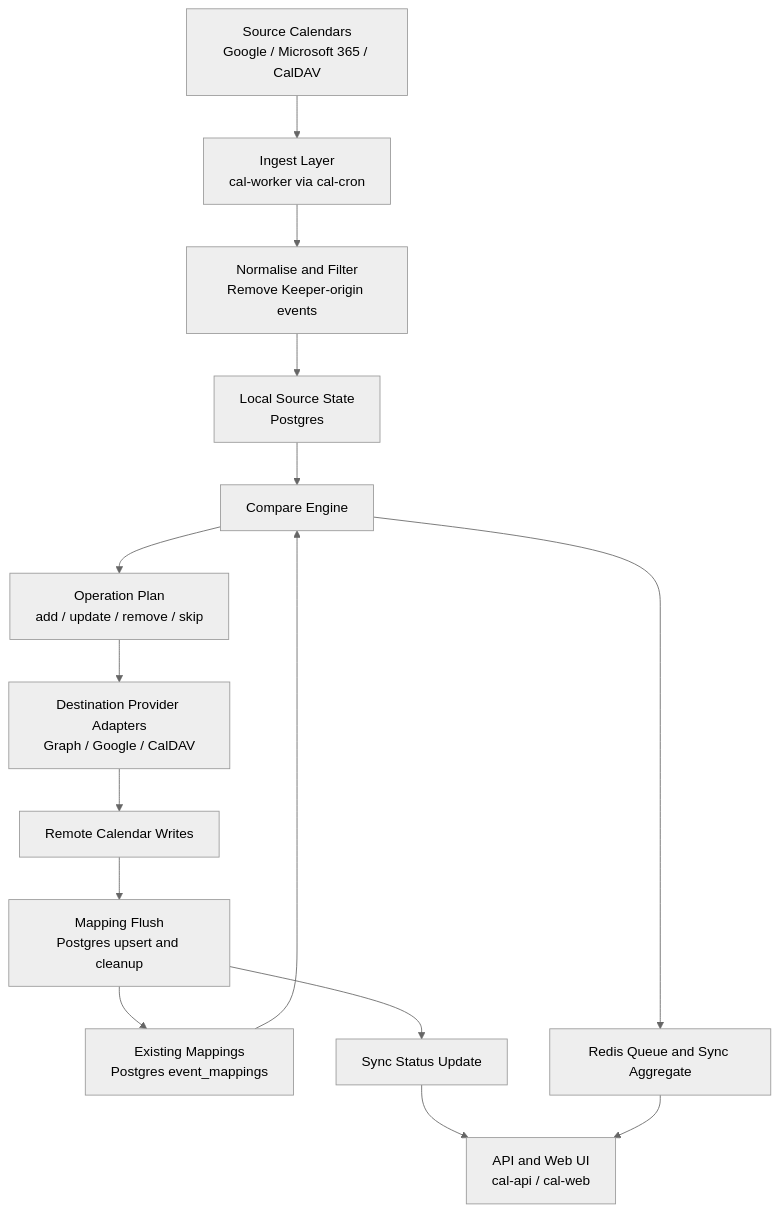
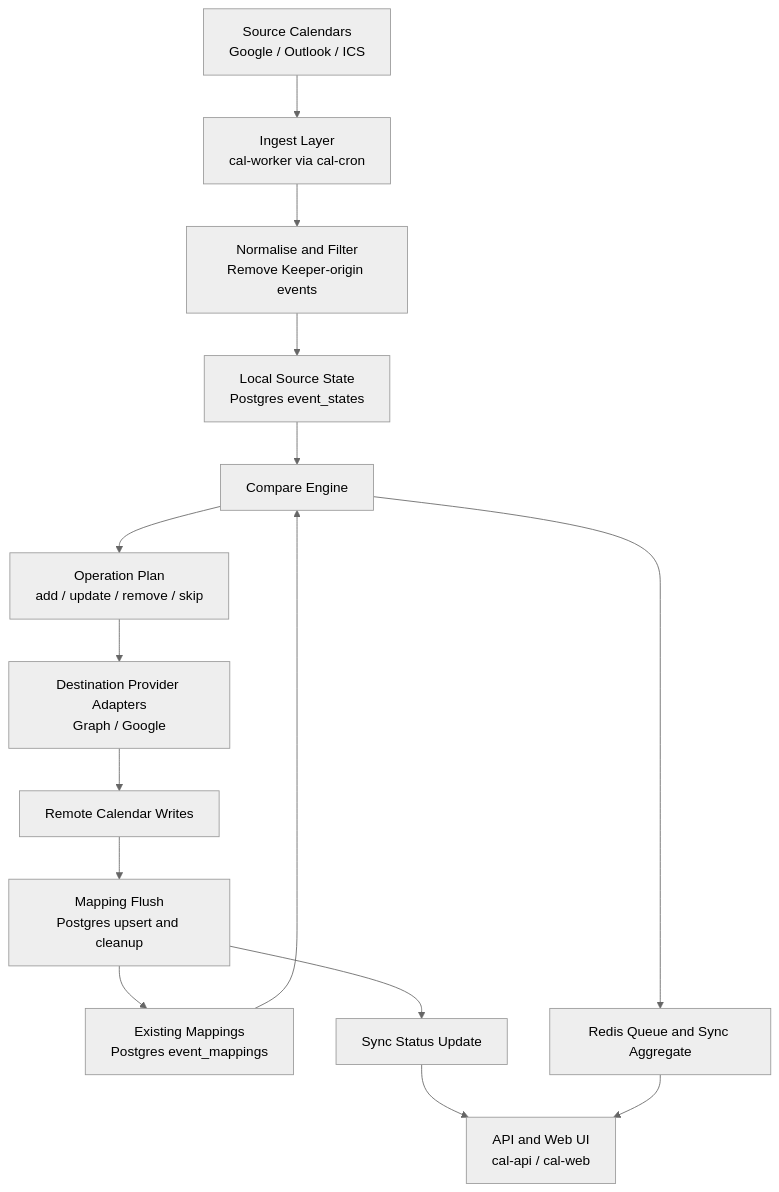
One commit to DamianFlynn/selfhost-stacks changed the second of 3 diagrams in stacks/selfhosted/keeper-sh/README.md. Above: the diagram before and after it, drawn with Mermaid (neutral theme). The commit also changed other lines of this file, not shown here.

````diff
--- a/stacks/selfhosted/keeper-sh/README.md
+++ b/stacks/selfhosted/keeper-sh/README.md
@@ -114,17 +136,17 @@
 ```mermaid
 flowchart TB
-    A["Source Calendars<br/>Google / Microsoft 365 / CalDAV"] --> B["Ingest Layer<br/>cal-worker via cal-cron"]
+    A["Source Calendars<br/>Google / Outlook / ICS"] --> B["Ingest Layer<br/>cal-worker via cal-cron"]
     B --> C["Normalise and Filter<br/>Remove Keeper-origin events"]
-    C --> D["Local Source State<br/>Postgres"]
+    C --> D["Local Source State<br/>Postgres event_states"]
     D --> E["Compare Engine"]
     F["Existing Mappings<br/>Postgres event_mappings"] --> E
     E --> G["Operation Plan<br/>add / update / remove / skip"]
-    G --> H["Destination Provider Adapters<br/>Graph / Google / CalDAV"]
+    G --> H["Destination Provider Adapters<br/>Graph / Google"]
     H --> I["Remote Calendar Writes"]
     I --> J["Mapping Flush<br/>Postgres upsert and cleanup"]
     J --> F
     J --> K["Sync Status Update"]
     K --> L["API and Web UI<br/>cal-api / cal-web"]
     M["Redis Queue and Sync Aggregate"] --> L
     E --> M
 ```
````
